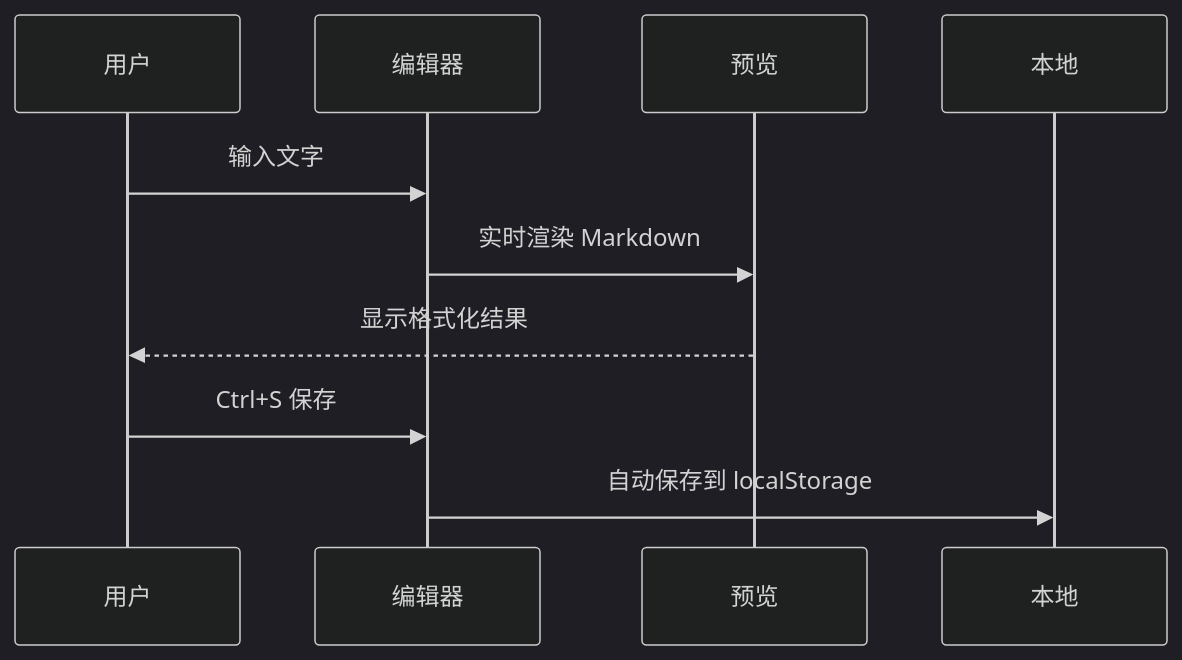
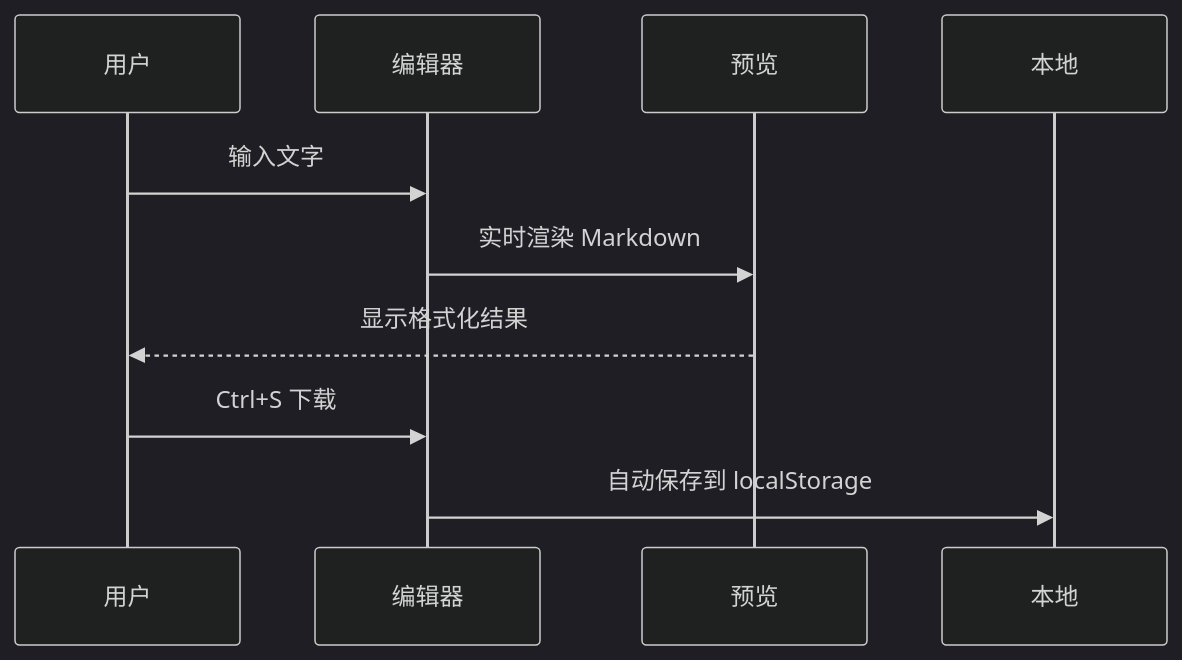
The second of 2 diagrams in markdown-editor/assets/data/default-content.md (naruto-jack12/naruto-jack12.github.io), drawn with Mermaid (dark theme) before and after one commit. The commit also changed other lines of this file and 3 other files, not shown here.

````diff
--- a/markdown-editor/assets/data/default-content.md
+++ b/markdown-editor/assets/data/default-content.md
@@ -62,8 +62,8 @@
 ```mermaid
 sequenceDiagram
     用户->>编辑器: 输入文字
     编辑器->>预览: 实时渲染 Markdown
     预览-->>用户: 显示格式化结果
-    用户->>编辑器: Ctrl+S 保存
+    用户->>编辑器: Ctrl+S 下载
     编辑器->>本地: 自动保存到 localStorage
 ```
````
